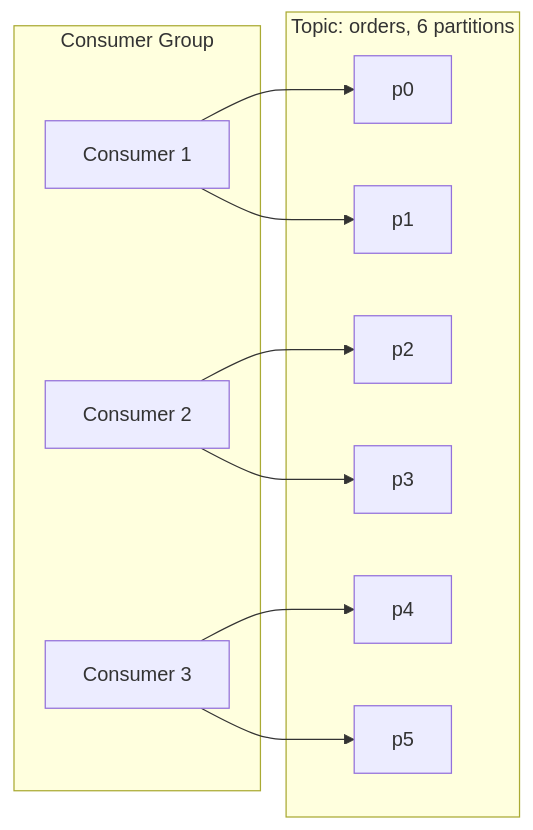
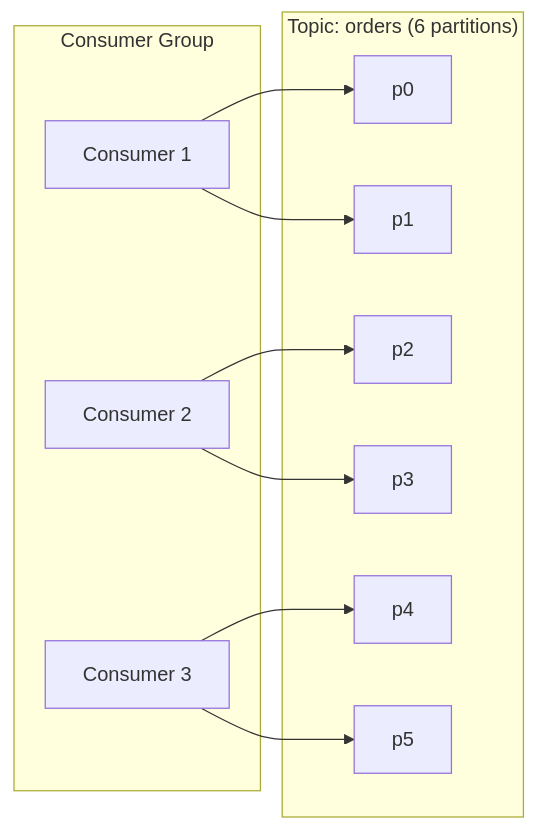
The first of 8 diagrams in src/content/wiki/distributed-systems/kafka-consumer-group.mdx (shinkeonkim/shinkeonkim.github.io), drawn with Mermaid before and after one commit. The commit also changed other lines of this file and 526 other files, not shown here.

First line of the commit message:
content(wiki): 전수조사 및 대규모 보강 (짧은 파일 0, mermaid +645)

````diff
--- a/src/content/wiki/distributed-systems/kafka-consumer-group.mdx
+++ b/src/content/wiki/distributed-systems/kafka-consumer-group.mdx
@@ -20,11 +29,11 @@
 ```mermaid
 flowchart LR
-    subgraph T[Topic: orders, 6 partitions]
+    subgraph T["Topic: orders (6 partitions)"]
         P0[p0] & P1[p1] & P2[p2] & P3[p3] & P4[p4] & P5[p5]
     end
-    subgraph CG[Consumer Group]
-        C1[Consumer 1] --> P0 & P1
-        C2[Consumer 2] --> P2 & P3
-        C3[Consumer 3] --> P4 & P5
+    subgraph CG["Consumer Group"]
+        C1["Consumer 1"] --> P0 & P1
+        C2["Consumer 2"] --> P2 & P3
+        C3["Consumer 3"] --> P4 & P5
     end
 ```
````
